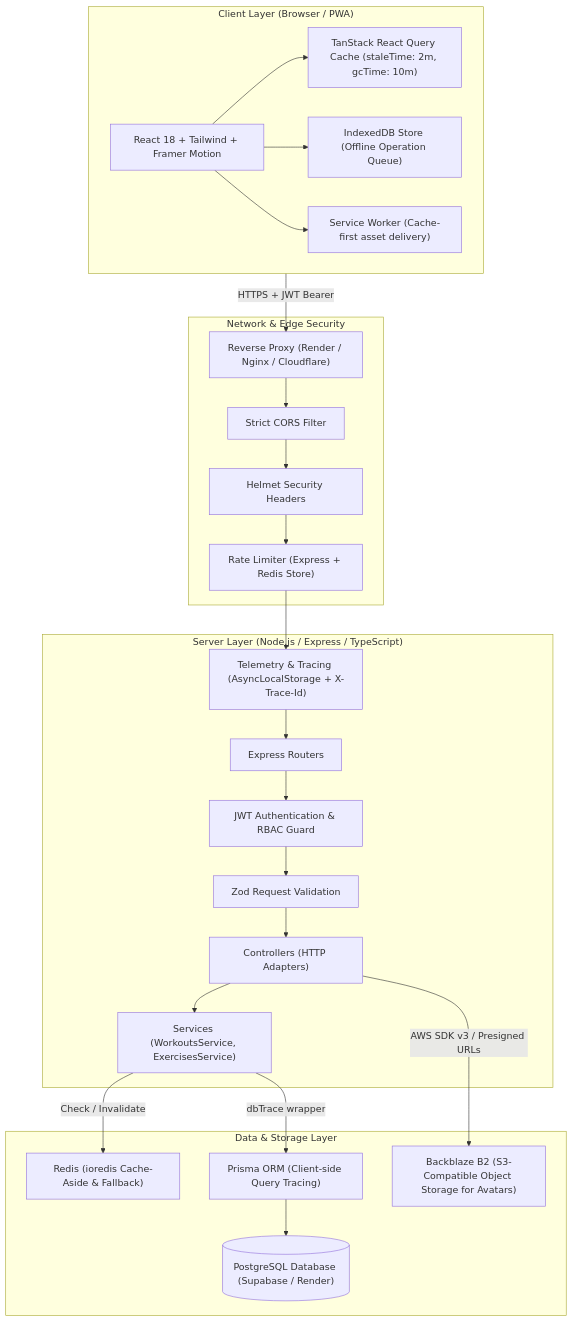
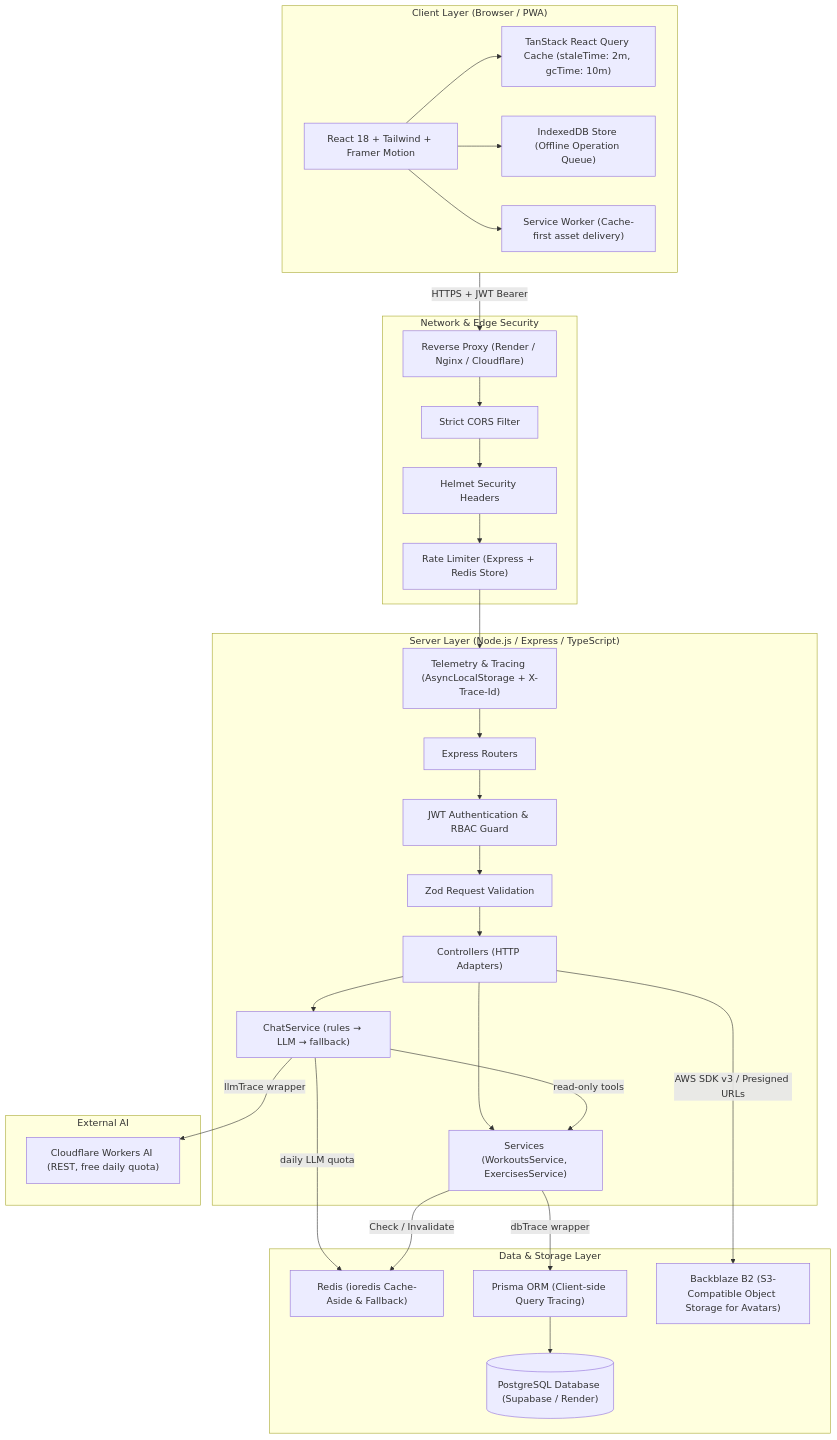
Before and after one commit to Najeebth/gymtrack: the first of 3 diagrams in ARCHITECTURE.md, drawn with Mermaid. The commit also changed other lines of this file and 1 other file, not shown here.

First line of the commit message:
docs: document chat assistant, responsive shell, and setup

````diff
--- a/ARCHITECTURE.md
+++ b/ARCHITECTURE.md
@@ -11,51 +11,60 @@
 ```mermaid
 graph TD
     subgraph Client ["Client Layer (Browser / PWA)"]
         UI["React 18 + Tailwind + Framer Motion"]
         RQ["TanStack React Query Cache (staleTime: 2m, gcTime: 10m)"]
         IDB["IndexedDB Store (Offline Operation Queue)"]
         SW["Service Worker (Cache-first asset delivery)"]
         UI --> RQ
         UI --> IDB
         UI --> SW
     end
 
     subgraph Edge ["Network & Edge Security"]
         ReverseProxy["Reverse Proxy (Render / Nginx / Cloudflare)"]
         CORS["Strict CORS Filter"]
         Helmet["Helmet Security Headers"]
         RateLimit["Rate Limiter (Express + Redis Store)"]
     end
 
     subgraph Backend ["Server Layer (Node.js / Express / TypeScript)"]
         Telemetry["Telemetry & Tracing (AsyncLocalStorage + X-Trace-Id)"]
         Router["Express Routers"]
         AuthMiddleware["JWT Authentication & RBAC Guard"]
         Validation["Zod Request Validation"]
         Controllers["Controllers (HTTP Adapters)"]
         Services["Services (WorkoutsService, ExercisesService)"]
+        ChatService["ChatService (rules → LLM → fallback)"]
+    end
+
+    subgraph External ["External AI"]
+        WorkersAI["Cloudflare Workers AI (REST, free daily quota)"]
     end
 
     subgraph Data ["Data & Storage Layer"]
         RedisCache["Redis (ioredis Cache-Aside & Fallback)"]
         PrismaORM["Prisma ORM (Client-side Query Tracing)"]
         Postgres[("PostgreSQL Database (Supabase / Render)")]
         B2["Backblaze B2 (S3-Compatible Object Storage for Avatars)"]
     end
 
     Client -->|HTTPS + JWT Bearer| ReverseProxy
     ReverseProxy --> CORS
     CORS --> Helmet
     Helmet --> RateLimit
     RateLimit --> Telemetry
     Telemetry --> Router
     Router --> AuthMiddleware
     AuthMiddleware --> Validation
     Validation --> Controllers
     Controllers --> Services
+    Controllers --> ChatService
+    ChatService -->|read-only tools| Services
+    ChatService -->|llmTrace wrapper| WorkersAI
+    ChatService -->|daily LLM quota| RedisCache
 
     Services -->|Check / Invalidate| RedisCache
     Services -->|dbTrace wrapper| PrismaORM
     PrismaORM --> Postgres
     Controllers -->|AWS SDK v3 / Presigned URLs| B2
 ```
````
